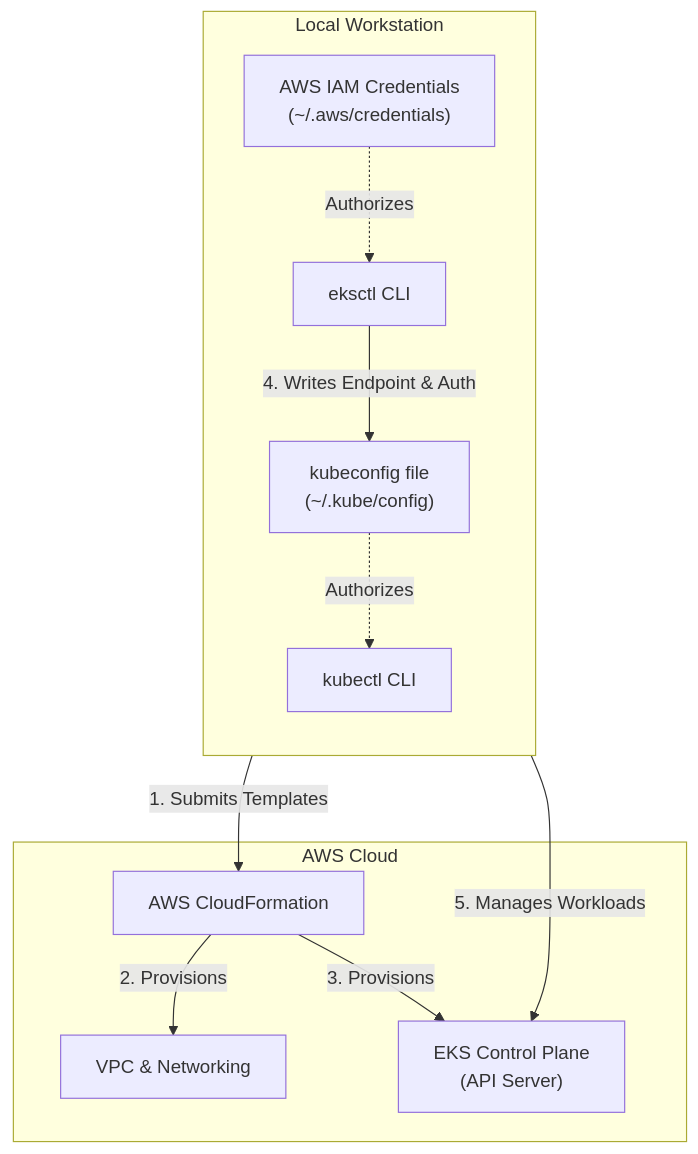
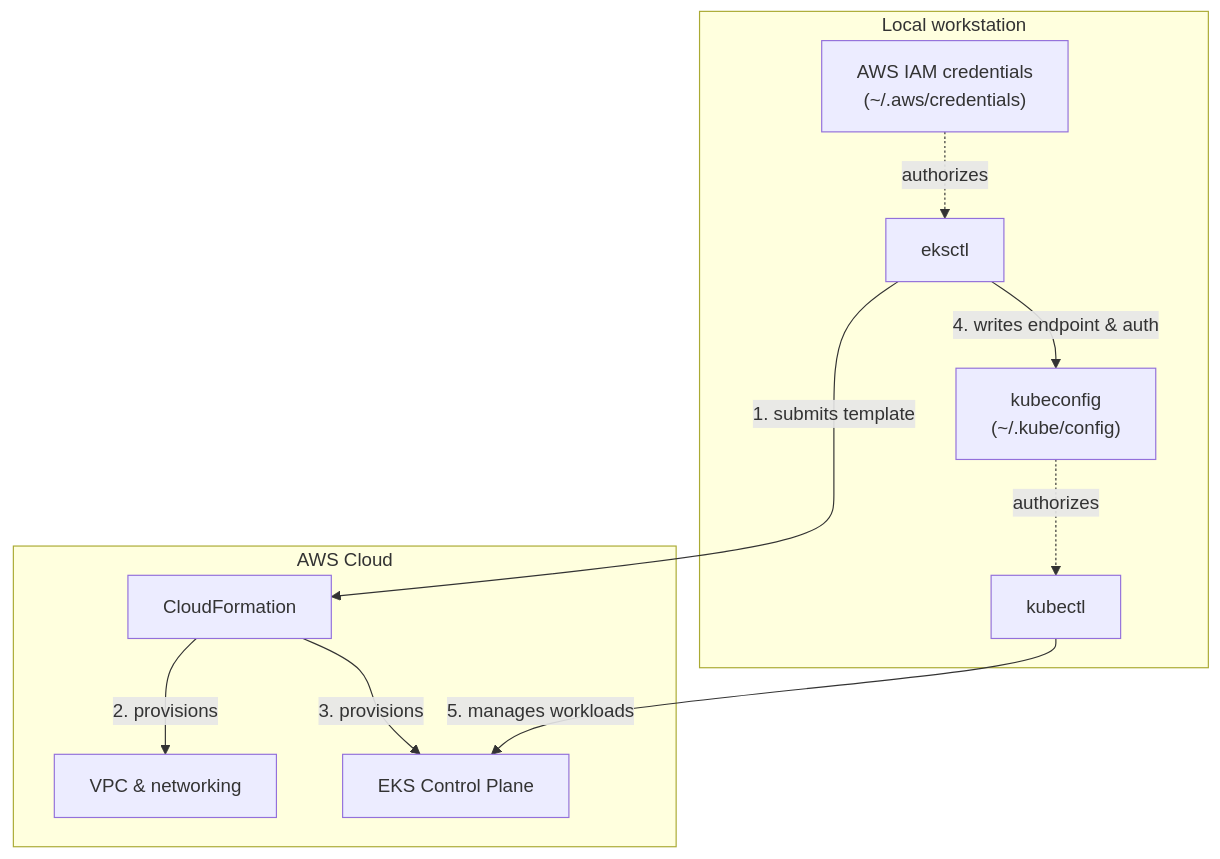
Before and after one commit to nirajp82/KubernetesWithAmazon_EKS_Fargate_DevOps: the second of 2 diagrams in sections/02_EKS_Basics/06_Eksctl_Install.md, drawn with Mermaid. The commit also changed other lines of this file and 11 other files, not shown here.

````diff
--- a/sections/02_EKS_Basics/06_Eksctl_Install.md
+++ b/sections/02_EKS_Basics/06_Eksctl_Install.md
@@ -54,25 +67,23 @@
 ```mermaid
 flowchart TD
-    subgraph Local_Workstation ["Local Workstation"]
-        direction TB
-        AWS_Creds["AWS IAM Credentials<br/>(~/.aws/credentials)"]
-        EKSCTL["eksctl CLI"]
-        KUBECONFIG["kubeconfig file<br/>(~/.kube/config)"]
-        KUBECTL["kubectl CLI"]
+    subgraph Local ["Local workstation"]
+        Creds["AWS IAM credentials<br/>(~/.aws/credentials)"]
+        EKSCTL["eksctl"]
+        KCFG["kubeconfig<br/>(~/.kube/config)"]
+        KCTL["kubectl"]
     end
 
-    subgraph AWS_Cloud ["AWS Cloud"]
-        CFN["AWS CloudFormation"]
-        VPC["VPC & Networking"]
-        EKS_API["EKS Control Plane<br/>(API Server)"]
+    subgraph AWS ["AWS Cloud"]
+        CFN["CloudFormation"]
+        VPC["VPC & networking"]
+        API["EKS Control Plane"]
     end
 
-    AWS_Creds -.->|Authorizes| EKSCTL
-    EKSCTL -->|1. Submits Templates| CFN
-    CFN -->|2. Provisions| VPC
-    CFN -->|3. Provisions| EKS_API
-    EKSCTL -->|4. Writes Endpoint & Auth| KUBECONFIG
-    KUBECONFIG -.->|Authorizes| KUBECTL
-    KUBECTL -->|5. Manages Workloads| EKS_API
-
+    Creds -.->|authorizes| EKSCTL
+    EKSCTL -->|1. submits template| CFN
+    CFN -->|2. provisions| VPC
+    CFN -->|3. provisions| API
+    EKSCTL -->|4. writes endpoint & auth| KCFG
+    KCFG -.->|authorizes| KCTL
+    KCTL -->|5. manages workloads| API
 ```
````
